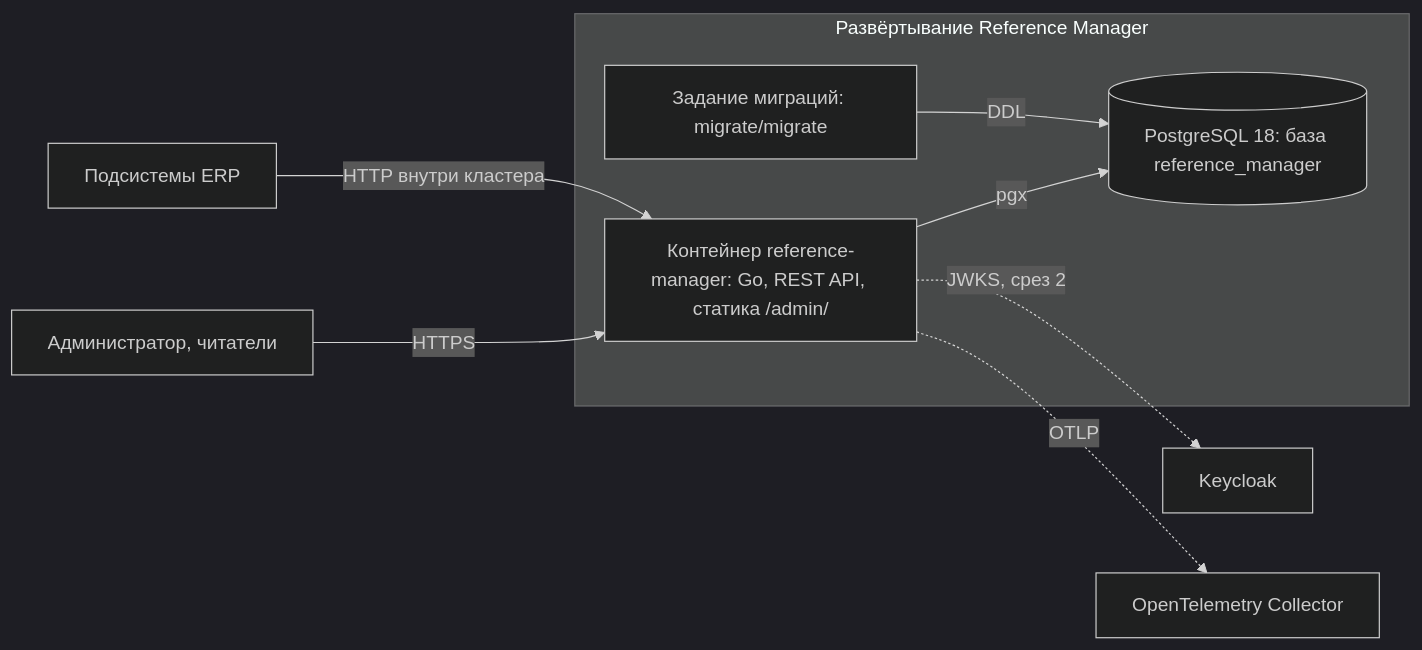
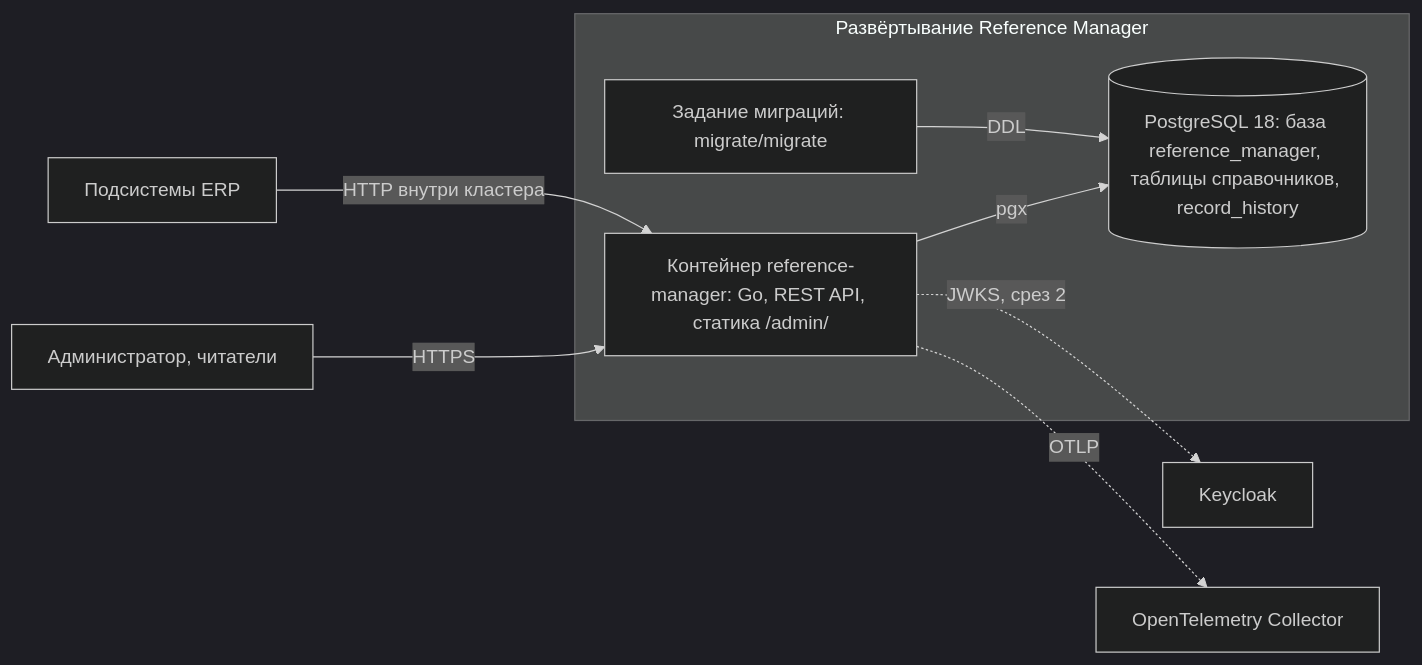
The first of 2 diagrams in reference-manager/docs/block-h-architecture-and-logic/150.component-diagram.md (MEPhI-C22-501/arch-info-system-monorepo), drawn with Mermaid (dark theme) before and after one commit. The commit also changed other lines of this file and 26 other files, not shown here.

First line of the commit message:
docs(reference-manager): add record history, drop multi-tenancy, define CRUXD roles

````diff
--- a/reference-manager/docs/block-h-architecture-and-logic/150.component-diagram.md
+++ b/reference-manager/docs/block-h-architecture-and-logic/150.component-diagram.md
@@ -8,18 +8,18 @@
 ```mermaid
 flowchart LR
     U["Администратор, читатели"]
     S["Подсистемы ERP"]
     subgraph Deploy["Развёртывание Reference Manager"]
         APP["Контейнер reference-manager: Go, REST API, статика /admin/"]
-        DB[("PostgreSQL 18: база reference_manager")]
+        DB[("PostgreSQL 18: база reference_manager, таблицы справочников, record_history")]
         JOB["Задание миграций: migrate/migrate"]
     end
     KC["Keycloak"]
     OT["OpenTelemetry Collector"]
     U -->|"HTTPS"| APP
     S -->|"HTTP внутри кластера"| APP
     APP -->|"pgx"| DB
     JOB -->|"DDL"| DB
     APP -.->|"JWKS, срез 2"| KC
     APP -.->|"OTLP"| OT
 ```
````
